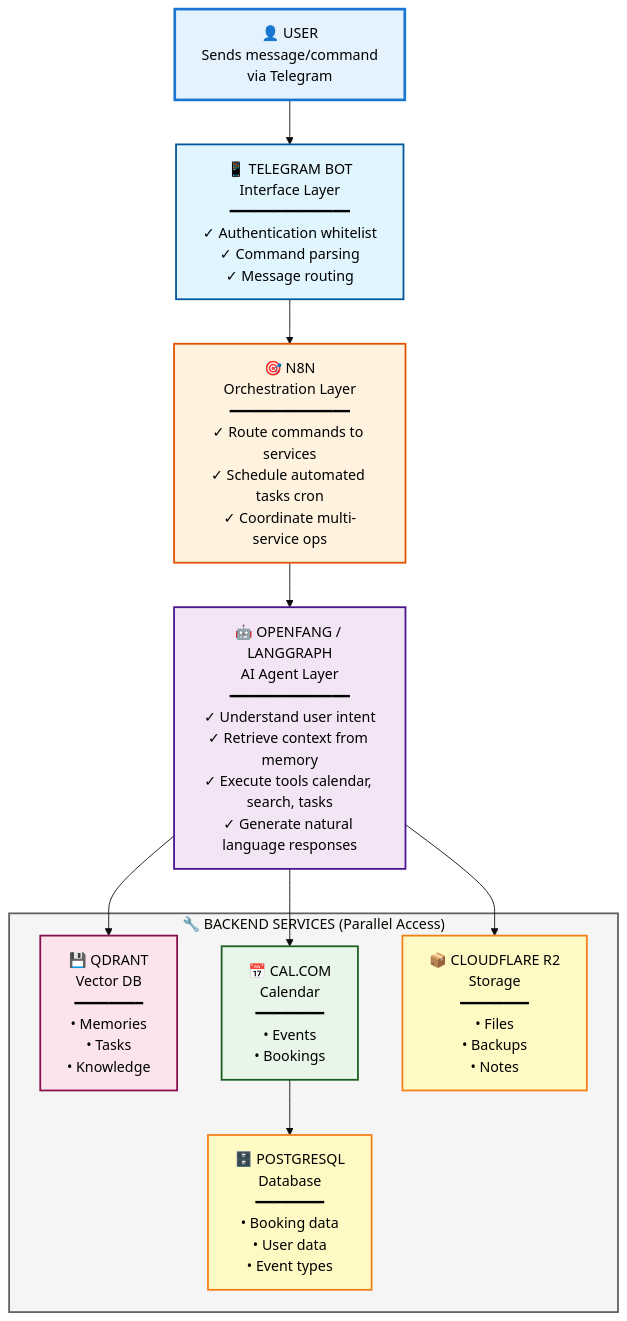
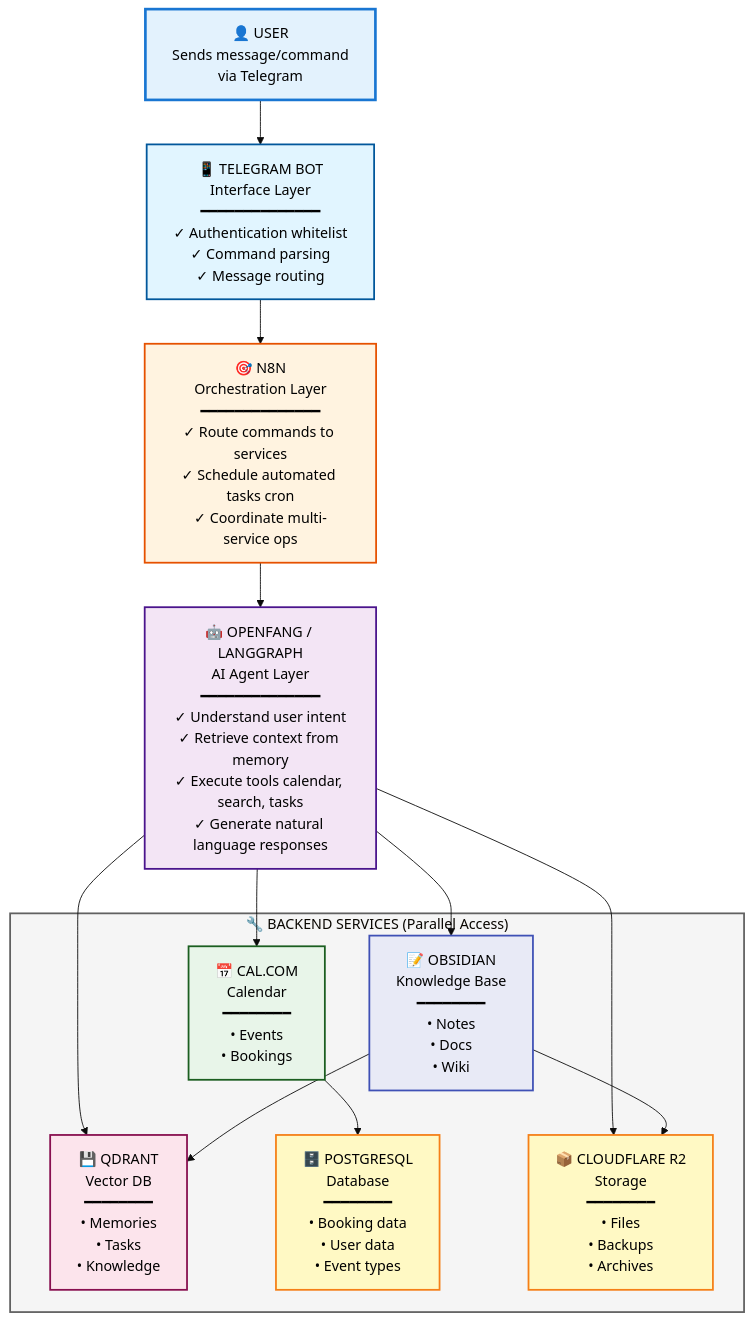
The second of 5 diagrams in README.md (oppytut/pro-secretary), drawn with Mermaid (base theme) before and after one commit. The commit also changed other lines of this file, not shown here.

Commit message:
docs: add Obsidian to Data Flow Architecture diagram
- Add missing Obsidian component to Backend Services section
- Add data flow connections: AIAgent → Obsidian, Obsidian → Qdrant, Obsidian → R2
- Update Key Data Flows to include Knowledge Base operations
- Fix R2 label: Notes → Archives (notes now in Obsidian)
- Add Obsidian styling with indigo color scheme

Fixes inconsistency between Architecture Overview and Data Flow diagrams

````diff
--- a/README.md
+++ b/README.md
@@ -95,38 +95,44 @@
 ```mermaid
 flowchart TD
     User[👤 USER<br/>Sends message/command<br/>via Telegram]
     
     TelegramBot[📱 TELEGRAM BOT<br/>Interface Layer<br/>━━━━━━━━━━━━━━<br/>✓ Authentication whitelist<br/>✓ Command parsing<br/>✓ Message routing]
     
     N8N[🎯 N8N<br/>Orchestration Layer<br/>━━━━━━━━━━━━━━<br/>✓ Route commands to services<br/>✓ Schedule automated tasks cron<br/>✓ Coordinate multi-service ops]
     
     AIAgent[🤖 OPENFANG / LANGGRAPH<br/>AI Agent Layer<br/>━━━━━━━━━━━━━━<br/>✓ Understand user intent<br/>✓ Retrieve context from memory<br/>✓ Execute tools calendar, search, tasks<br/>✓ Generate natural language responses]
     
     subgraph Backend["🔧 BACKEND SERVICES (Parallel Access)"]
+        Obsidian[📝 OBSIDIAN<br/>Knowledge Base<br/>━━━━━━━━<br/>• Notes<br/>• Docs<br/>• Wiki]
+        
         Qdrant[💾 QDRANT<br/>Vector DB<br/>━━━━━━━━<br/>• Memories<br/>• Tasks<br/>• Knowledge]
         
         CalCom[📅 CAL.COM<br/>Calendar<br/>━━━━━━━━<br/>• Events<br/>• Bookings]
         
         PostgreSQL[🗄️ POSTGRESQL<br/>Database<br/>━━━━━━━━<br/>• Booking data<br/>• User data<br/>• Event types]
         
-        R2[📦 CLOUDFLARE R2<br/>Storage<br/>━━━━━━━━<br/>• Files<br/>• Backups<br/>• Notes]
+        R2[📦 CLOUDFLARE R2<br/>Storage<br/>━━━━━━━━<br/>• Files<br/>• Backups<br/>• Archives]
     end
     
     User --> TelegramBot
     TelegramBot --> N8N
     N8N --> AIAgent
+    AIAgent --> Obsidian
     AIAgent --> Qdrant
     AIAgent --> CalCom
     AIAgent --> R2
+    Obsidian --> Qdrant
+    Obsidian --> R2
     CalCom --> PostgreSQL
     
     style User fill:#e3f2fd,stroke:#1976d2,stroke-width:3px,color:#000
     style TelegramBot fill:#e1f5ff,stroke:#01579b,stroke-width:2px,color:#000
     style N8N fill:#fff3e0,stroke:#e65100,stroke-width:2px,color:#000
     style AIAgent fill:#f3e5f5,stroke:#4a148c,stroke-width:2px,color:#000
     style Backend fill:#f5f5f5,stroke:#616161,stroke-width:2px
+    style Obsidian fill:#e8eaf6,stroke:#3f51b5,stroke-width:2px,color:#000
     style Qdrant fill:#fce4ec,stroke:#880e4f,stroke-width:2px,color:#000
     style CalCom fill:#e8f5e9,stroke:#1b5e20,stroke-width:2px,color:#000
     style PostgreSQL fill:#fff9c4,stroke:#f57f17,stroke-width:2px,color:#000
     style R2 fill:#fff9c4,stroke:#f57f17,stroke-width:2px,color:#000
 ```
````
